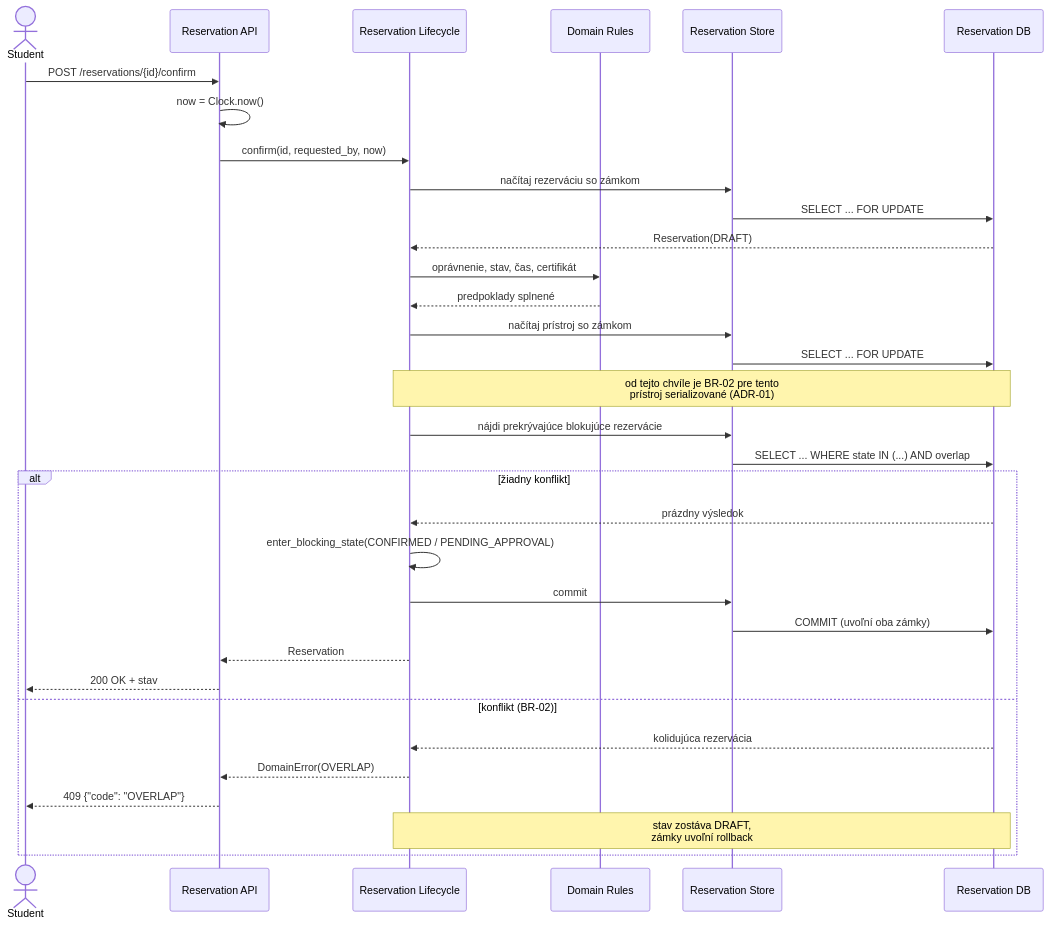
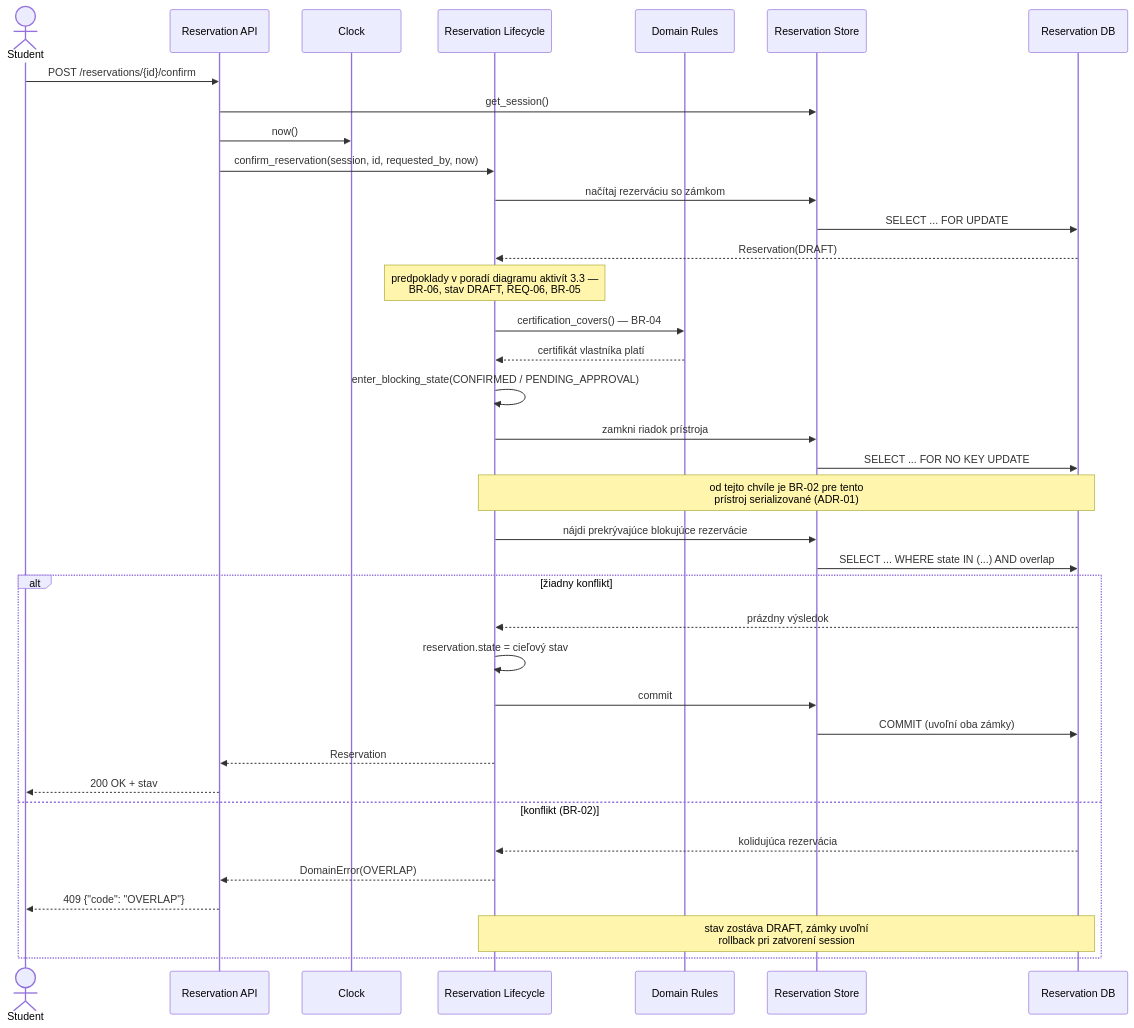
One commit to thspowered/SWI-LAB changed the second of 3 diagrams in docs/architecture-and-decisions.md. Above: the diagram before and after it, drawn with Mermaid. The commit also changed other lines of this file and 7 other files, not shown here.

````diff
--- a/docs/architecture-and-decisions.md
+++ b/docs/architecture-and-decisions.md
@@ -689,41 +772,45 @@
 ```mermaid
 sequenceDiagram
     actor Student
     participant API as Reservation API
+    participant Clock
     participant Life as Reservation Lifecycle
     participant Rules as Domain Rules
     participant Store as Reservation Store
     participant DB as Reservation DB
 
     Student->>API: POST /reservations/{id}/confirm
-    API->>API: now = Clock.now()
-    API->>Life: confirm(id, requested_by, now)
+    API->>Store: get_session()
+    API->>Clock: now()
+    API->>Life: confirm_reservation(session, id, requested_by, now)
 
     Life->>Store: načítaj rezerváciu so zámkom
     Store->>DB: SELECT ... FOR UPDATE
     DB-->>Life: Reservation(DRAFT)
+    Note over Life: predpoklady v poradí diagramu aktivít 3.3 —<br/>BR-06, stav DRAFT, REQ-06, BR-05
 
-    Life->>Rules: oprávnenie, stav, čas, certifikát
-    Rules-->>Life: predpoklady splnené
+    Life->>Rules: certification_covers() — BR-04
+    Rules-->>Life: certifikát vlastníka platí
 
-    Life->>Store: načítaj prístroj so zámkom
-    Store->>DB: SELECT ... FOR UPDATE
+    Life->>Life: enter_blocking_state(CONFIRMED / PENDING_APPROVAL)
+    Life->>Store: zamkni riadok prístroja
+    Store->>DB: SELECT ... FOR NO KEY UPDATE
     Note over Life,DB: od tejto chvíle je BR-02 pre tento<br/>prístroj serializované (ADR-01)
 
     Life->>Store: nájdi prekrývajúce blokujúce rezervácie
     Store->>DB: SELECT ... WHERE state IN (...) AND overlap
 
     alt žiadny konflikt
         DB-->>Life: prázdny výsledok
-        Life->>Life: enter_blocking_state(CONFIRMED / PENDING_APPROVAL)
+        Life->>Life: reservation.state = cieľový stav
         Life->>Store: commit
         Store->>DB: COMMIT (uvoľní oba zámky)
         Life-->>API: Reservation
         API-->>Student: 200 OK + stav
     else konflikt (BR-02)
         DB-->>Life: kolidujúca rezervácia
         Life-->>API: DomainError(OVERLAP)
         API-->>Student: 409 {"code": "OVERLAP"}
-        Note over Life,DB: stav zostáva DRAFT,<br/>zámky uvoľní rollback
+        Note over Life,DB: stav zostáva DRAFT, zámky uvoľní<br/>rollback pri zatvorení session
     end
 ```
````
